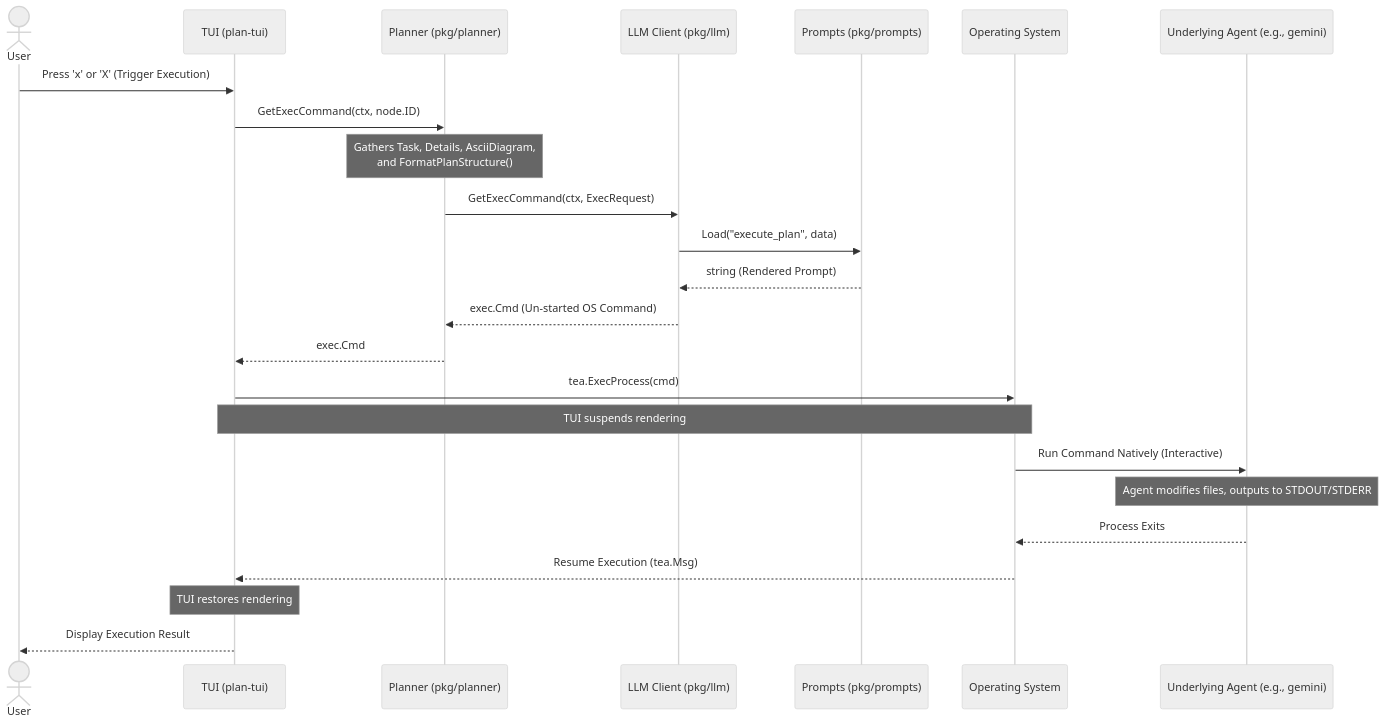
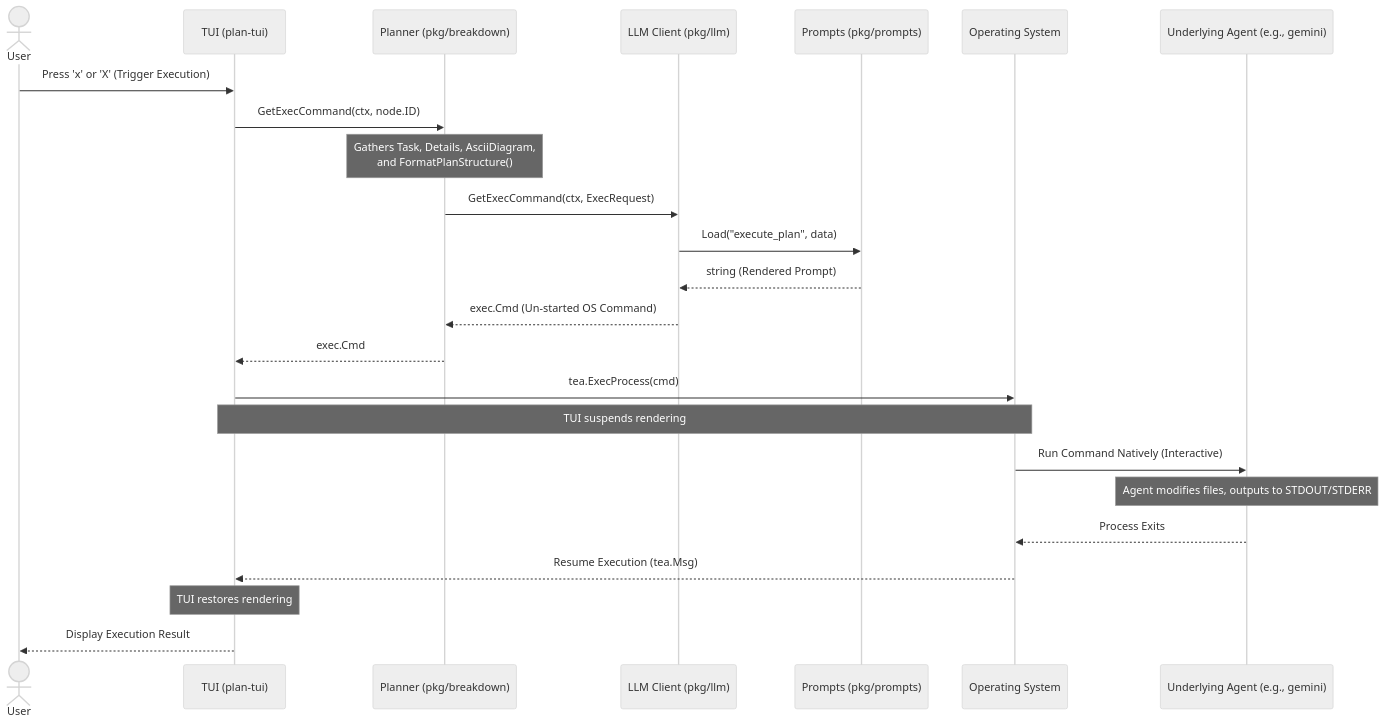
The diagram in agent_docs/03_deep_dives/execution_workflow.md (jefflunt/breakdown), drawn with Mermaid (neutral theme) before and after one commit. The commit also changed other lines of this file and 10 other files, not shown here.

````diff
--- a/agent_docs/03_deep_dives/execution_workflow.md
+++ b/agent_docs/03_deep_dives/execution_workflow.md
@@ -9,32 +9,32 @@
 ```mermaid
 sequenceDiagram
     actor User
     participant TUI as TUI (plan-tui)
-    participant Planner as Planner (pkg/planner)
+    participant Planner as Planner (pkg/breakdown)
     participant Client as LLM Client (pkg/llm)
     participant Prompts as Prompts (pkg/prompts)
     participant OS as Operating System
     participant Agent as Underlying Agent (e.g., gemini)
 
     User->>TUI: Press 'x' or 'X' (Trigger Execution)
     TUI->>Planner: GetExecCommand(ctx, node.ID)
     Note over Planner: Gathers Task, Details, AsciiDiagram,<br/>and FormatPlanStructure()
     Planner->>Client: GetExecCommand(ctx, ExecRequest)
     
     Client->>Prompts: Load("execute_plan", data)
     Prompts-->>Client: string (Rendered Prompt)
     
     Client-->>Planner: exec.Cmd (Un-started OS Command)
     Planner-->>TUI: exec.Cmd
     
     TUI->>OS: tea.ExecProcess(cmd)
     Note over TUI, OS: TUI suspends rendering
     
     OS->>Agent: Run Command Natively (Interactive)
     Note over Agent: Agent modifies files, outputs to STDOUT/STDERR
     Agent-->>OS: Process Exits
     
     OS-->>TUI: Resume Execution (tea.Msg)
     Note over TUI: TUI restores rendering
     TUI-->>User: Display Execution Result
 ```
````
